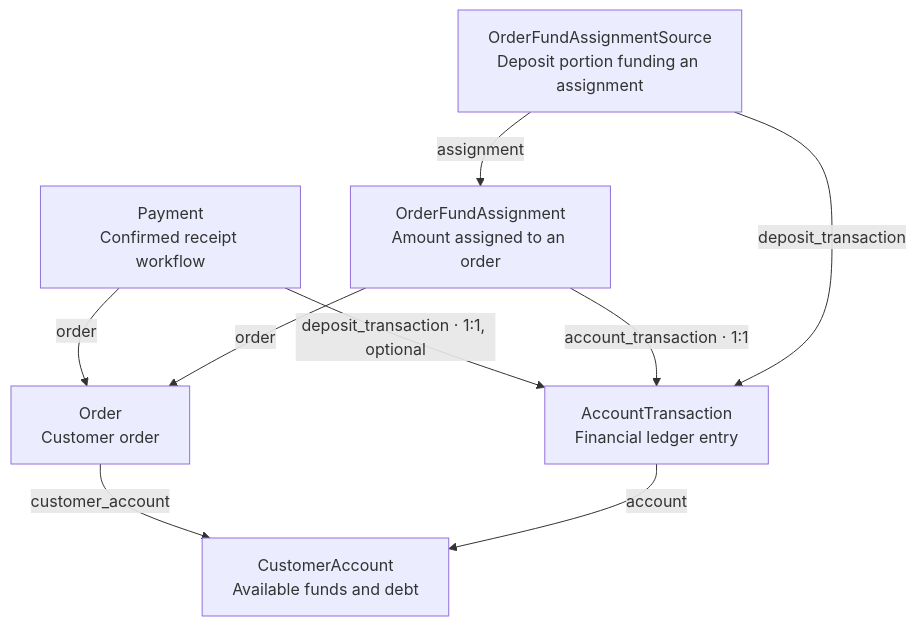
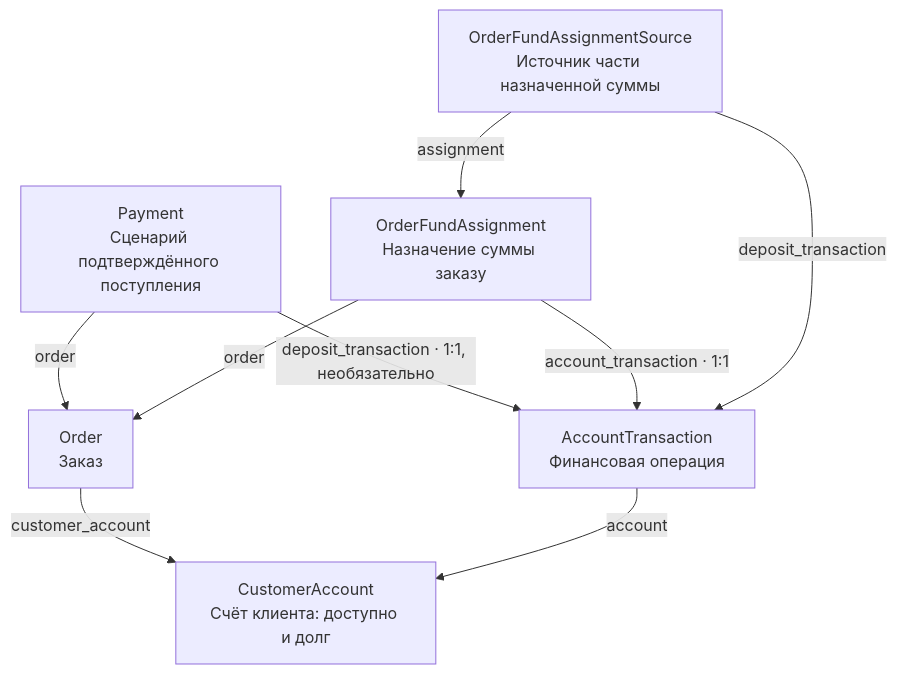
Before and after one commit to asmpc/Shop_ePower: the first of 4 diagrams in README.md, drawn with Mermaid. The commit also changed other lines of this file and 9 other files, not shown here.

````diff
--- a/README.md
+++ b/README.md
@@ -318,18 +248,18 @@
 ```mermaid
 flowchart TB
-    P["Payment<br/>Confirmed receipt workflow"]
-    O["Order<br/>Customer order"]
-    A["OrderFundAssignment<br/>Amount assigned to an order"]
-    S["OrderFundAssignmentSource<br/>Deposit portion funding an assignment"]
-    T["AccountTransaction<br/>Financial ledger entry"]
-    C["CustomerAccount<br/>Available funds and debt"]
+    P["Payment<br/>Сценарий подтверждённого поступления"]
+    O["Order<br/>Заказ"]
+    A["OrderFundAssignment<br/>Назначение суммы заказу"]
+    S["OrderFundAssignmentSource<br/>Источник части назначенной суммы"]
+    T["AccountTransaction<br/>Финансовая операция"]
+    C["CustomerAccount<br/>Счёт клиента: доступно и долг"]
 
     P -->|"order"| O
-    P -->|"deposit_transaction · 1:1, optional"| T
+    P -->|"deposit_transaction · 1:1, необязательно"| T
     A -->|"order"| O
     A -->|"account_transaction · 1:1"| T
     S -->|"assignment"| A
     S -->|"deposit_transaction"| T
     O -->|"customer_account"| C
     T -->|"account"| C
 ```
````
